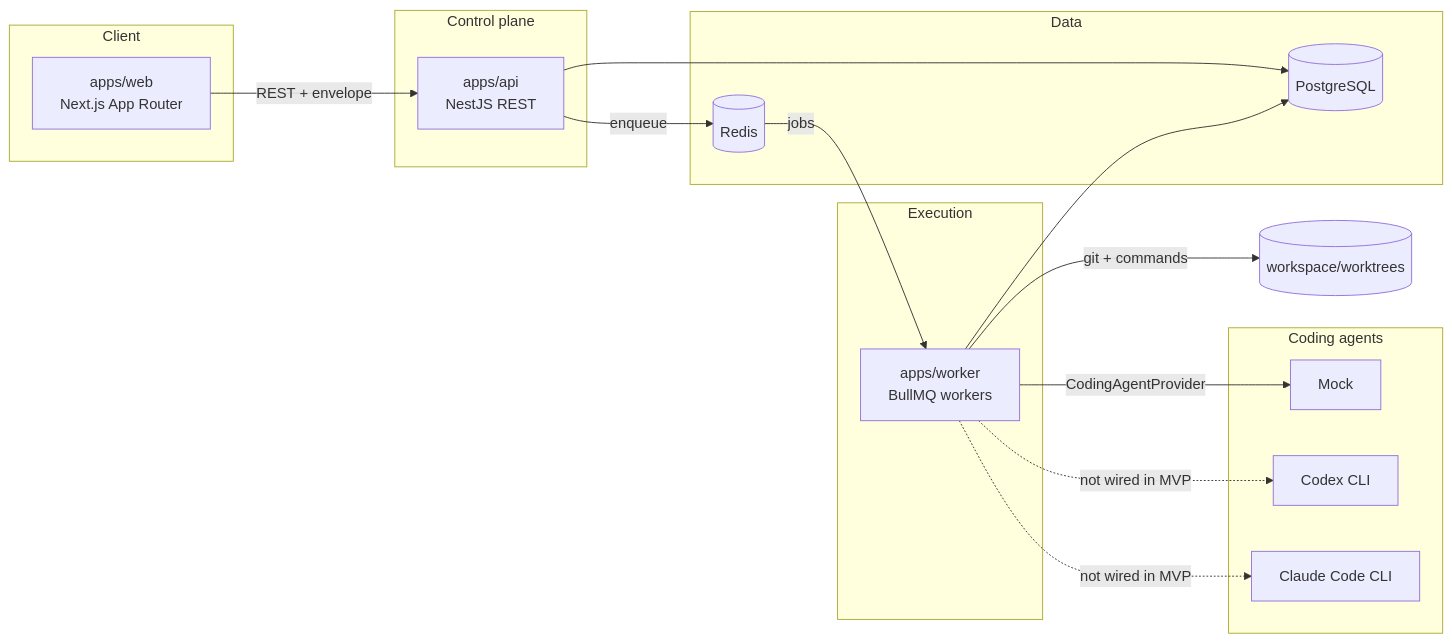
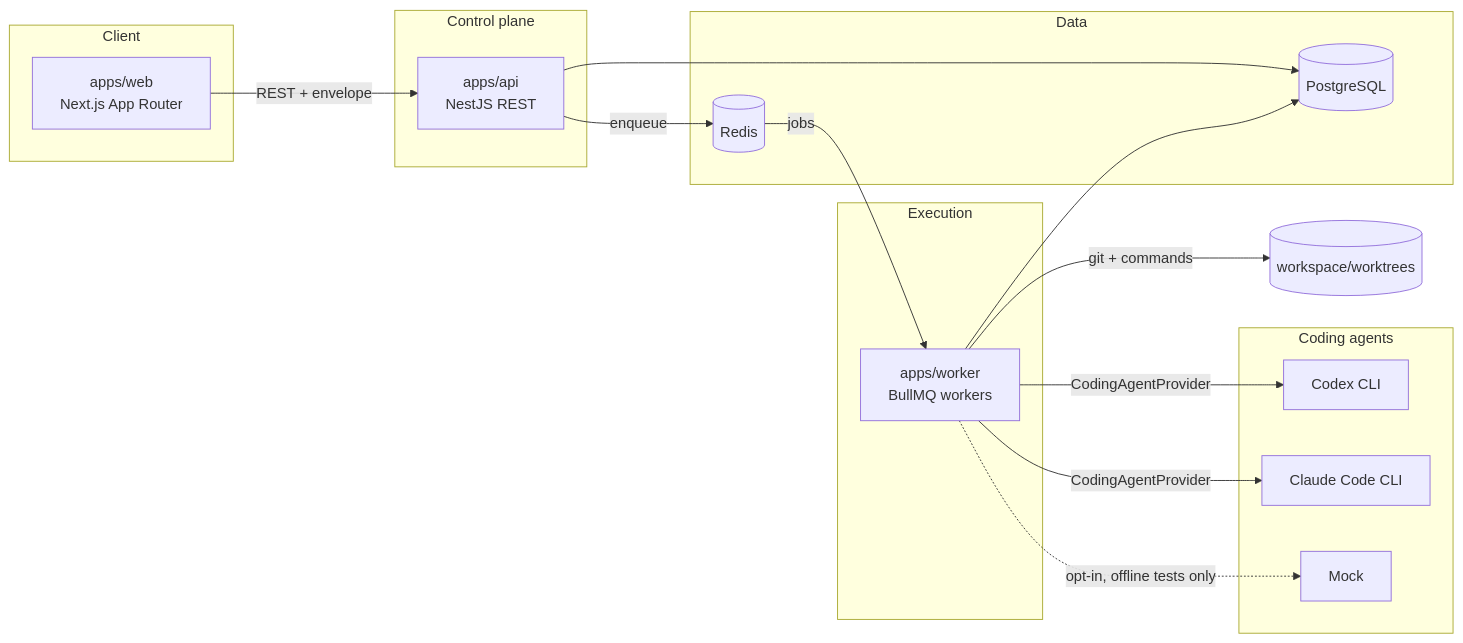
The first of 3 diagrams in docs/architecture.md (Hoeur/engineering-loop), drawn with Mermaid before and after one commit. The commit also changed other lines of this file and 19 other files, not shown here.

````diff
--- a/docs/architecture.md
+++ b/docs/architecture.md
@@ -8,31 +8,31 @@
 ```mermaid
 flowchart LR
   subgraph Client
     WEB[apps/web<br/>Next.js App Router]
   end
   subgraph ControlPlane["Control plane"]
     API[apps/api<br/>NestJS REST]
   end
   subgraph Execution
     WORKER[apps/worker<br/>BullMQ workers]
   end
   subgraph Data
     PG[(PostgreSQL)]
     REDIS[(Redis)]
   end
   subgraph Providers["Coding agents"]
-    MOCK[Mock]
     CODEX[Codex CLI]
     CLAUDE[Claude Code CLI]
+    MOCK[Mock]
   end
 
   WEB -->|REST + envelope| API
   API --> PG
   API -->|enqueue| REDIS
   REDIS -->|jobs| WORKER
   WORKER --> PG
-  WORKER -->|CodingAgentProvider| MOCK
-  WORKER -.not wired in MVP.-> CODEX
-  WORKER -.not wired in MVP.-> CLAUDE
+  WORKER -->|CodingAgentProvider| CODEX
+  WORKER -->|CodingAgentProvider| CLAUDE
+  WORKER -.opt-in, offline tests only.-> MOCK
   WORKER -->|git + commands| WT[(workspace/worktrees)]
 ```
````
